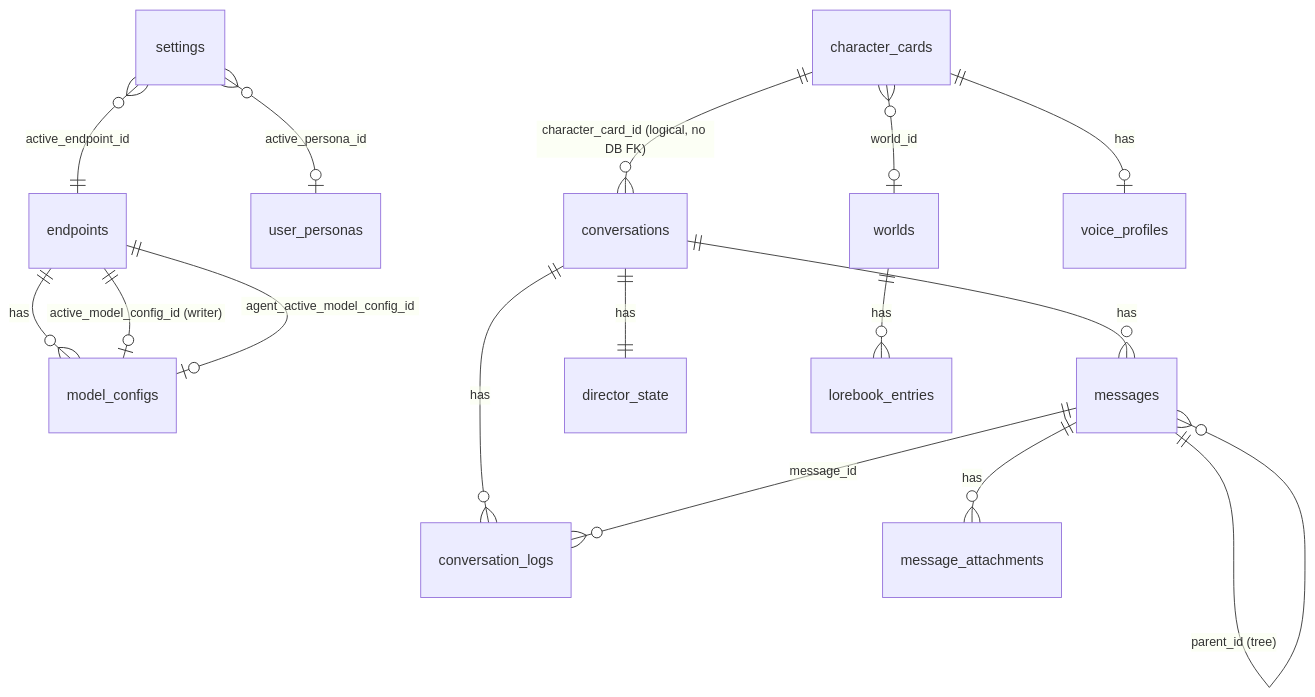
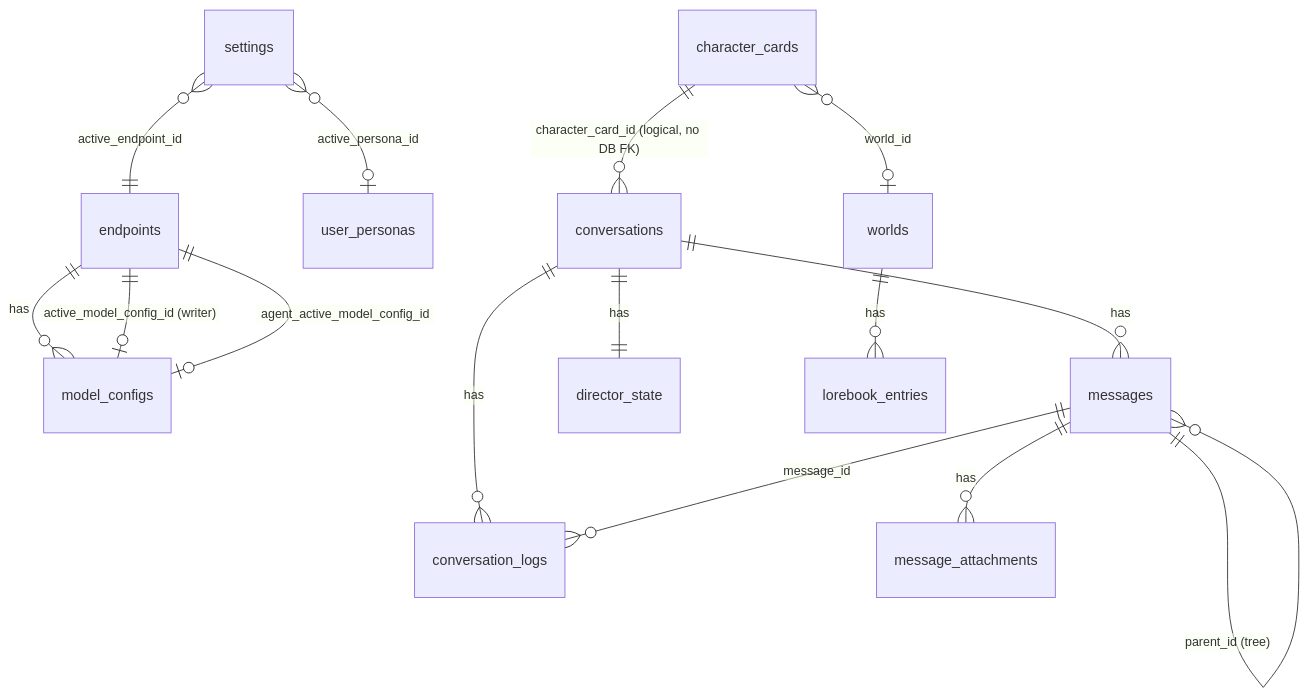
One commit to OrbFrontend/Orb changed the third of 4 diagrams in AGENTS.md. Above: the diagram before and after it, drawn with Mermaid. The commit also changed other lines of this file, not shown here.

````diff
--- a/AGENTS.md
+++ b/AGENTS.md
@@ -203,18 +186,17 @@
 ```mermaid
 erDiagram
     endpoints ||--o{ model_configs : has
     settings }o--|| endpoints : "active_endpoint_id"
     endpoints ||--o| model_configs : "active_model_config_id (writer)"
     endpoints ||--o| model_configs : "agent_active_model_config_id"
     settings }o--o| user_personas : "active_persona_id"
     character_cards ||--o{ conversations : "character_card_id (logical, no DB FK)"
     conversations ||--o{ messages : has
     messages ||--o{ messages : "parent_id (tree)"
     conversations ||--|| director_state : has
     conversations ||--o{ conversation_logs : has
     messages ||--o{ conversation_logs : "message_id"
     messages ||--o{ message_attachments : has
     character_cards }o--o| worlds : "world_id"
     worlds ||--o{ lorebook_entries : has
-    character_cards ||--o| voice_profiles : has
 ```
````
